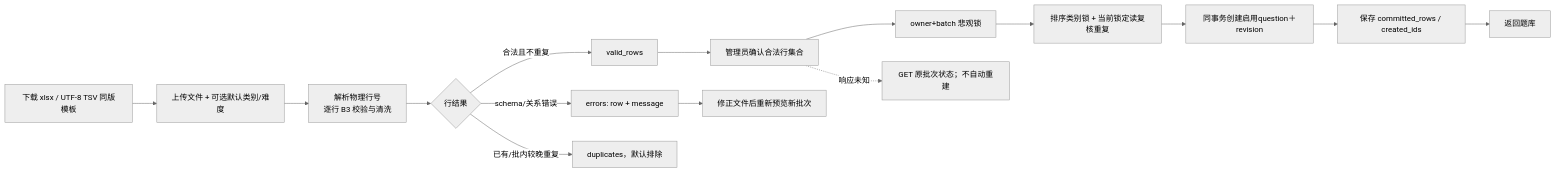
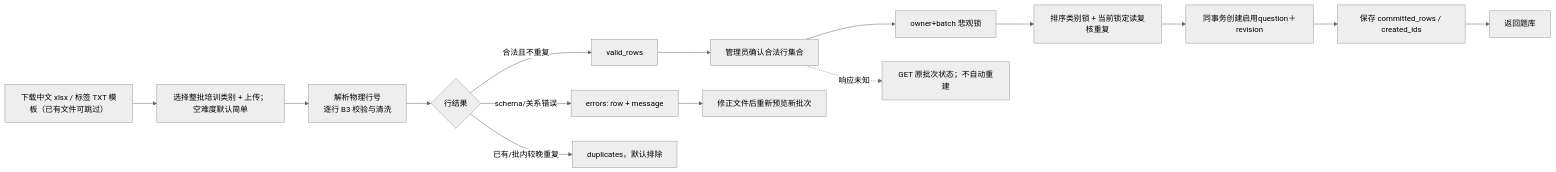
The sixth of 21 diagrams in docs/design/06-关键流程.md (caoguanjie/emodor-exam), drawn with Mermaid (neutral theme) before and after one commit. The commit also changed other lines of this file and 19 other files, not shown here.

````diff
--- a/docs/design/06-关键流程.md
+++ b/docs/design/06-关键流程.md
@@ -420,17 +421,17 @@
 ```mermaid
 flowchart LR
-    T["下载 xlsx / UTF-8 TSV 同版模板"] --> U["上传文件 + 可选默认类别/难度"]
+    T["下载中文 xlsx / 标签 TXT 模板（已有文件可跳过）"] --> U["选择整批培训类别 + 上传；空难度默认简单"]
     U --> P["解析物理行号<br/>逐行 B3 校验与清洗"]
     P --> S{"行结果"}
     S -->|"合法且不重复"| V["valid_rows"]
     S -->|"schema/关系错误"| E["errors: row + message"]
     S -->|"已有/批内较晚重复"| D["duplicates，默认排除"]
     V --> C["管理员确认合法行集合"]
     C --> L["owner+batch 悲观锁"]
     L --> X["排序类别锁 + 当前锁定读复核重复"]
     X --> Q["同事务创建启用question＋revision"]
     Q --> R["保存 committed_rows / created_ids"]
     R --> B["返回题库"]
     E --> F["修正文件后重新预览新批次"]
     C -. "响应未知" .-> G["GET 原批次状态；不自动重建"]
 ```
````
